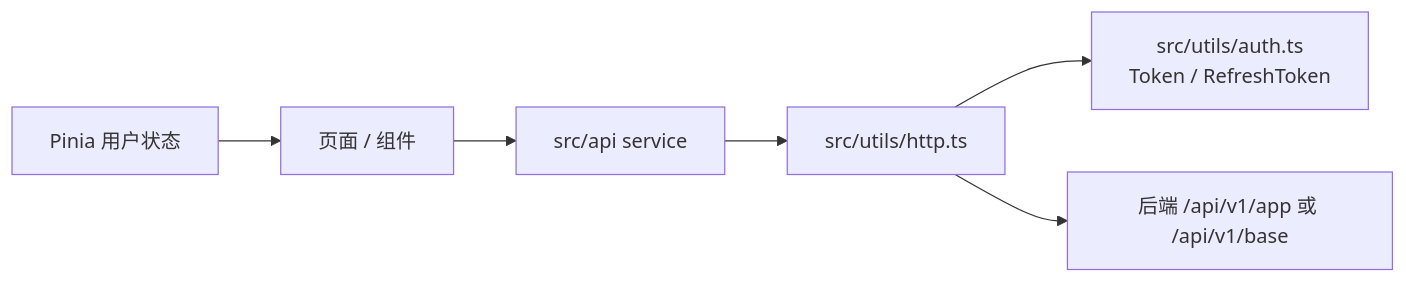
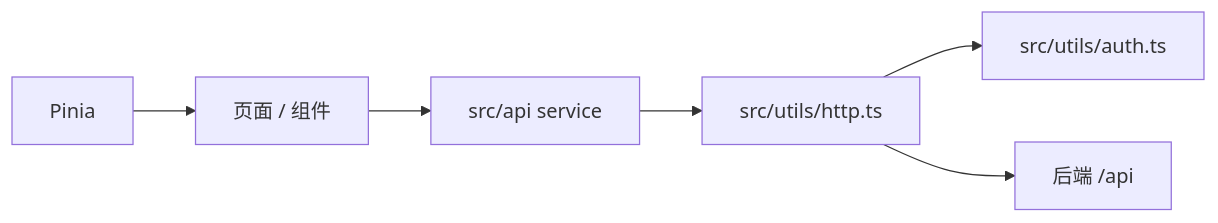
One commit to liujitcn/shop changed the diagram in docs/商城端设计.md. Above: the diagram before and after it, drawn with Mermaid. The commit also changed other lines of this file and 1765 other files, not shown here.

````diff
--- a/docs/商城端设计.md
+++ b/docs/商城端设计.md
@@ -34,8 +28,8 @@
 ```mermaid
 flowchart LR
   Page["页面 / 组件"] --> Service["src/api service"]
-  Service --> Http["src/utils/http.ts"]
-  Http --> Auth["src/utils/auth.ts\nToken / RefreshToken"]
-  Http --> Backend["后端 /api/v1/app 或 /api/v1/base"]
-  Store["Pinia 用户状态"] --> Page
+  Service --> HTTP["src/utils/http.ts"]
+  HTTP --> Auth["src/utils/auth.ts"]
+  HTTP --> Backend["后端 /api"]
+  Store["Pinia"] --> Page
 ```
````
